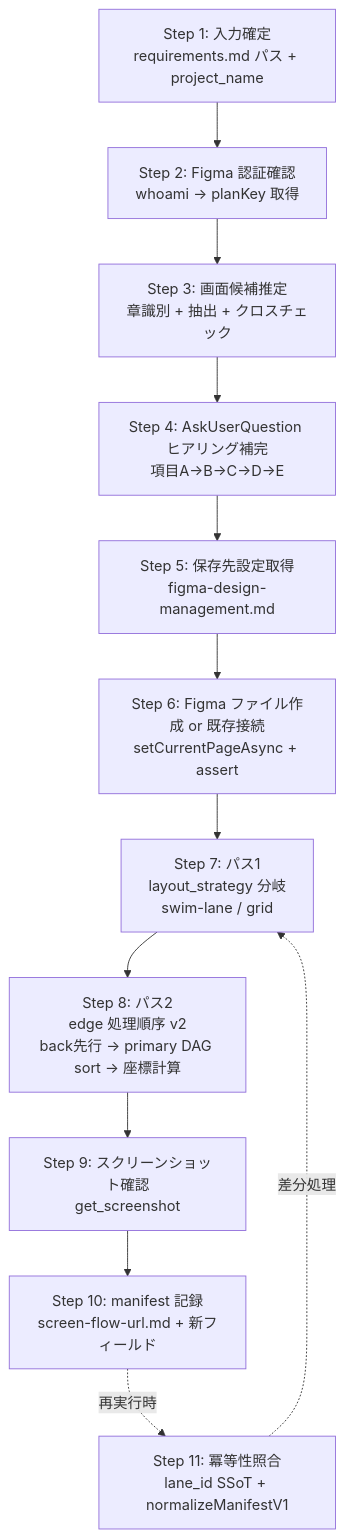
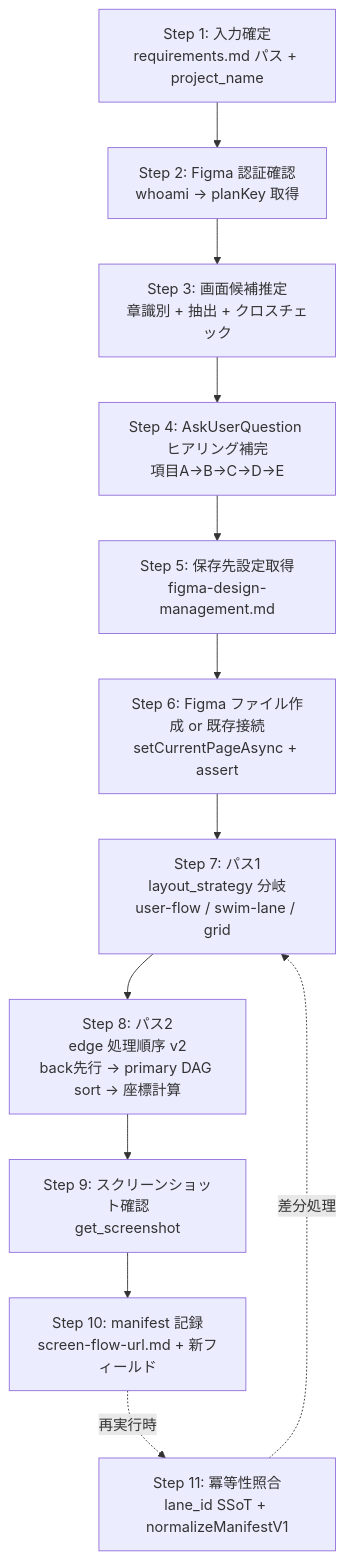
Before and after one commit to einja-inc/einja-management-template: the diagram in .claude/skills/einja-project-screen-flow-figma/SKILL.md, drawn with Mermaid. The commit also changed other lines of this file and 4 other files, not shown here.

````diff
--- a/.claude/skills/einja-project-screen-flow-figma/SKILL.md
+++ b/.claude/skills/einja-project-screen-flow-figma/SKILL.md
@@ -38,14 +38,14 @@
 ```mermaid
 flowchart TB
   S1[Step 1: 入力確定<br/>requirements.md パス + project_name] --> S2[Step 2: Figma 認証確認<br/>whoami → planKey 取得]
   S2 --> S3[Step 3: 画面候補推定<br/>章識別 + 抽出 + クロスチェック]
   S3 --> S4[Step 4: AskUserQuestion ヒアリング補完<br/>項目A→B→C→D→E]
   S4 --> S5[Step 5: 保存先設定取得<br/>figma-design-management.md]
   S5 --> S6[Step 6: Figma ファイル作成 or 既存接続<br/>setCurrentPageAsync + assert]
-  S6 --> S7[Step 7: パス1<br/>layout_strategy 分岐<br/>swim-lane / grid]
+  S6 --> S7[Step 7: パス1<br/>layout_strategy 分岐<br/>user-flow / swim-lane / grid]
   S7 --> S8[Step 8: パス2<br/>edge 処理順序 v2<br/>back先行 → primary DAG sort → 座標計算]
   S8 --> S9[Step 9: スクリーンショット確認<br/>get_screenshot]
   S9 --> S10[Step 10: manifest 記録<br/>screen-flow-url.md + 新フィールド]
   S10 -.再実行時.-> S11[Step 11: 冪等性照合<br/>lane_id SSoT + normalizeManifestV1]
   S11 -.差分処理.-> S7
 ```
````
